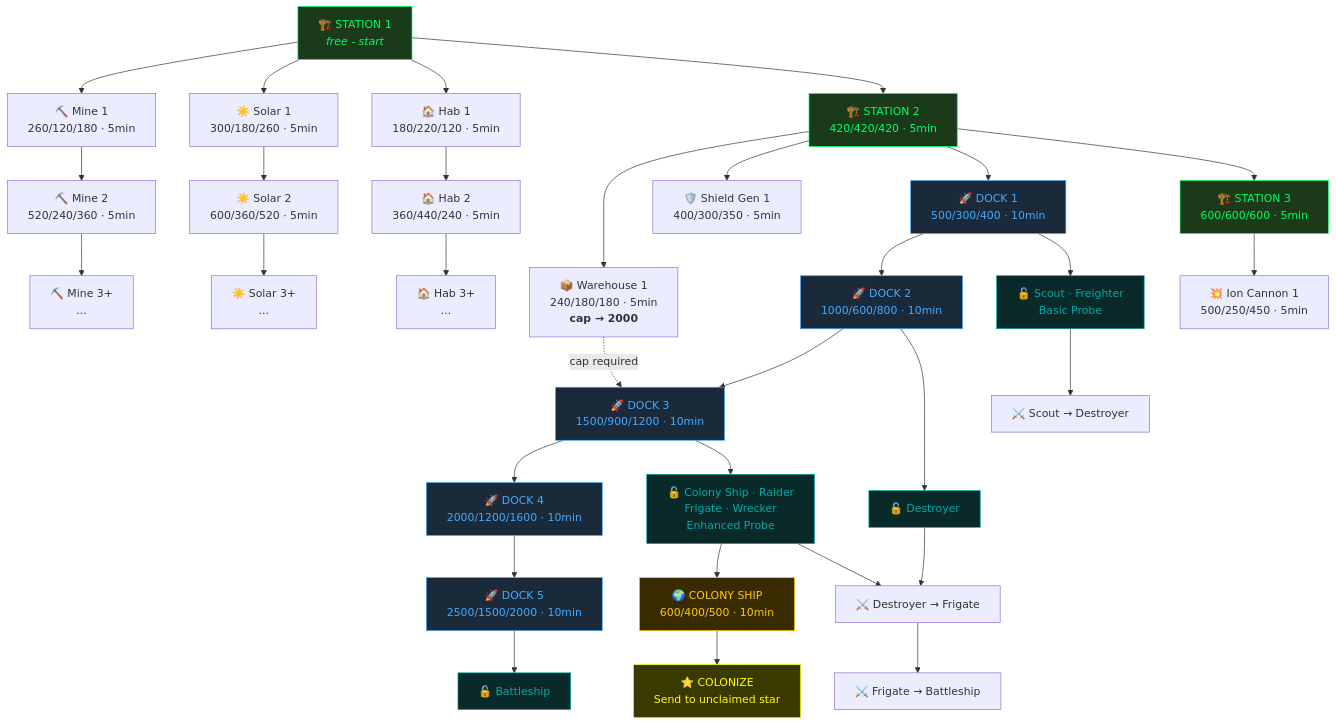
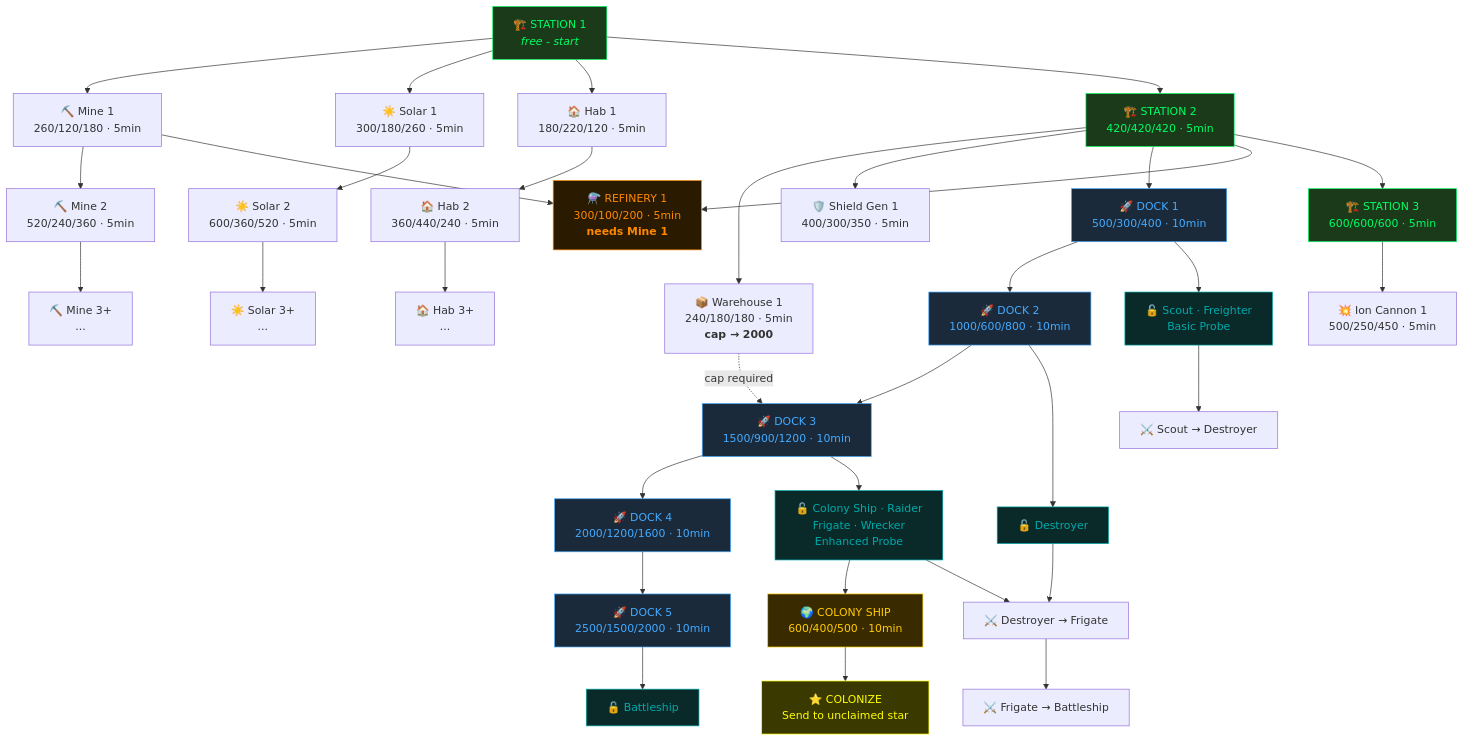
The diagram in BUILD_TREE.md (dougfy/space_hunt), drawn with Mermaid before and after one commit. The commit also changed other lines of this file and 38 other files, not shown here.

First line of the commit message:
v1.2.54: architecture doc, discovery sounds, pod feedback, audit fixes

````diff
--- a/BUILD_TREE.md
+++ b/BUILD_TREE.md
@@ -106,71 +134,74 @@
 ```mermaid
 graph TD
     %% Starting point
     S1["🏗️ STATION 1<br/><i>free - start</i>"]
 
     %% Station 1 unlocks
     S1 --> MINE1["⛏️ Mine 1<br/>260/120/180 · 5min"]
     S1 --> SOLAR1["☀️ Solar 1<br/>300/180/260 · 5min"]
     S1 --> HAB1["🏠 Hab 1<br/>180/220/120 · 5min"]
 
     %% Producer chains
     MINE1 --> MINE2["⛏️ Mine 2<br/>520/240/360 · 5min"]
     MINE2 --> MINE3["⛏️ Mine 3+<br/>..."]
     SOLAR1 --> SOLAR2["☀️ Solar 2<br/>600/360/520 · 5min"]
     SOLAR2 --> SOLAR3["☀️ Solar 3+<br/>..."]
     HAB1 --> HAB2["🏠 Hab 2<br/>360/440/240 · 5min"]
     HAB2 --> HAB3["🏠 Hab 3+<br/>..."]
 
     %% Station 2
     S1 --> S2["🏗️ STATION 2<br/>420/420/420 · 5min"]
 
     %% Station 2 unlocks
     S2 --> WH1["📦 Warehouse 1<br/>240/180/180 · 5min<br/><b>cap → 2000</b>"]
     S2 --> SH1["🛡️ Shield Gen 1<br/>400/300/350 · 5min"]
     S2 --> D1["🚀 DOCK 1<br/>500/300/400 · 10min"]
+    S2 --> REF["⚗️ REFINERY 1<br/>300/100/200 · 5min<br/><b>needs Mine 1</b>"]
+    MINE1 --> REF
 
     %% Dock chain
     D1 --> D2["🚀 DOCK 2<br/>1000/600/800 · 10min"]
     D2 --> D3["🚀 DOCK 3<br/>1500/900/1200 · 10min"]
     D3 --> D4["🚀 DOCK 4<br/>2000/1200/1600 · 10min"]
     D4 --> D5["🚀 DOCK 5<br/>2500/1500/2000 · 10min"]
 
     %% Warehouse needed for Dock 3 costs
     WH1 -.->|"cap required"| D3
 
     %% Ships unlocked by dock
     D1 --> SHIPS_T1["🔓 Scout · Freighter<br/>Basic Probe"]
     D2 --> SHIPS_T1B["🔓 Destroyer"]
     D3 --> SHIPS_T2["🔓 Colony Ship · Raider<br/>Frigate · Wrecker<br/>Enhanced Probe"]
     D5 --> SHIPS_T3["🔓 Battleship"]
 
     %% Station 3
     S2 --> S3["🏗️ STATION 3<br/>600/600/600 · 5min"]
     S3 --> CAN1["💥 Ion Cannon 1<br/>500/250/450 · 5min"]
 
     %% Colonization path
     SHIPS_T2 --> COLONY["🌍 COLONY SHIP<br/>600/400/500 · 10min"]
     COLONY --> COLONIZE["⭐ COLONIZE<br/>Send to unclaimed star"]
 
     %% Upgrade path
     SHIPS_T1 --> UP1["⚔️ Scout → Destroyer"]
     SHIPS_T1B --> UP2["⚔️ Destroyer → Frigate"]
     SHIPS_T2 --> UP2
     UP2 --> UP3["⚔️ Frigate → Battleship"]
 
     %% Styling
     style S1 fill:#1a3a1a,stroke:#0f6,color:#0f6
     style S2 fill:#1a3a1a,stroke:#0f6,color:#0f6
     style S3 fill:#1a3a1a,stroke:#0f6,color:#0f6
     style D1 fill:#1a2a3a,stroke:#4af,color:#4af
     style D2 fill:#1a2a3a,stroke:#4af,color:#4af
     style D3 fill:#1a2a3a,stroke:#4af,color:#4af
     style D4 fill:#1a2a3a,stroke:#4af,color:#4af
     style D5 fill:#1a2a3a,stroke:#4af,color:#4af
     style COLONY fill:#3a2a00,stroke:#fc0,color:#fc0
     style COLONIZE fill:#3a3a00,stroke:#ff0,color:#ff0
     style SHIPS_T1 fill:#0a2a2a,stroke:#0aa,color:#0aa
     style SHIPS_T1B fill:#0a2a2a,stroke:#0aa,color:#0aa
     style SHIPS_T2 fill:#0a2a2a,stroke:#0aa,color:#0aa
     style SHIPS_T3 fill:#0a2a2a,stroke:#0aa,color:#0aa
+    style REF fill:#2a1a00,stroke:#f80,color:#f80
 ```
````
